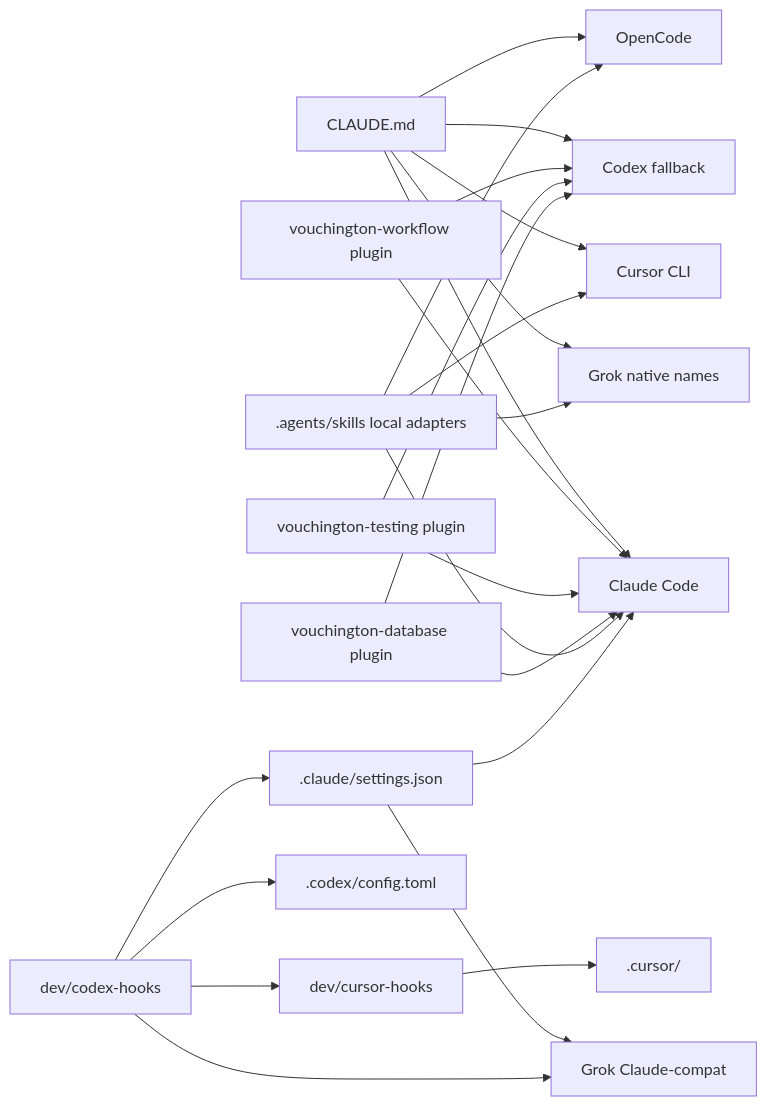
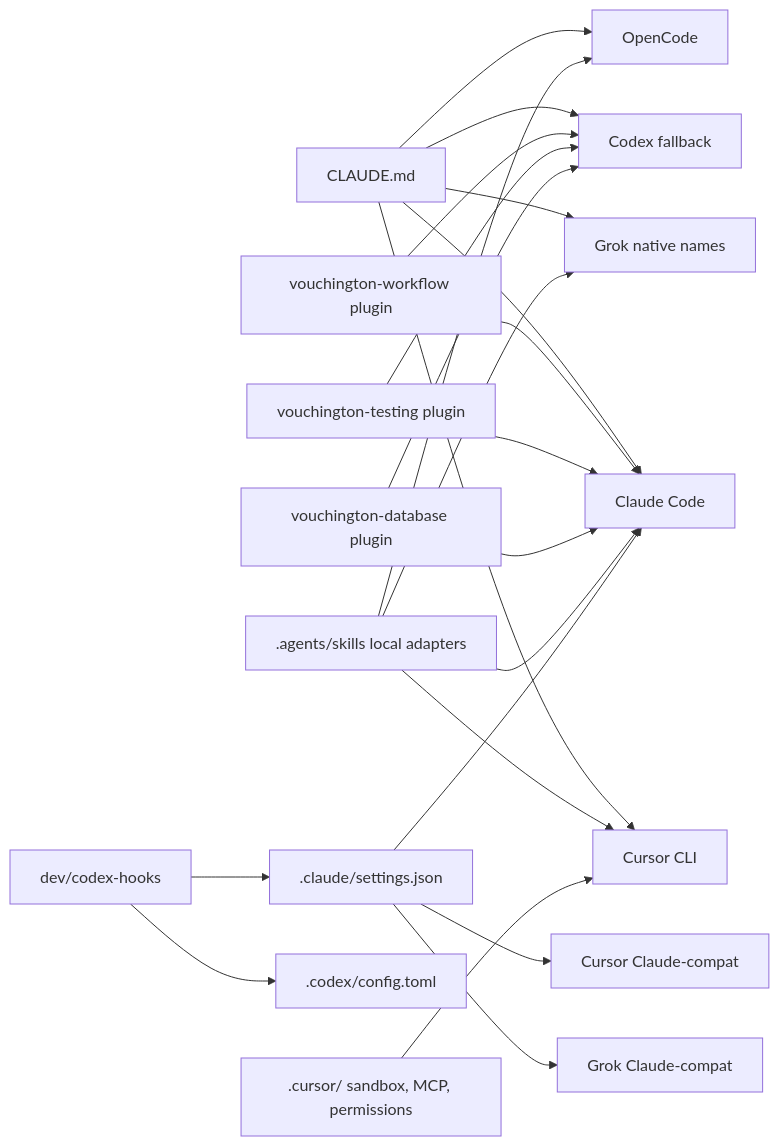
One commit to vouchington/vouchington changed the diagram in docs/development/agent-harness-parity.md. Above: the diagram before and after it, drawn with Mermaid. The commit also changed other lines of this file and 46 other files, not shown here.

First line of the commit message:
[codex] unify Claude-compatible hook runtimes (#802)

````diff
--- a/docs/development/agent-harness-parity.md
+++ b/docs/development/agent-harness-parity.md
@@ -44,25 +45,24 @@
 ```mermaid
 flowchart LR
   claudeMd[CLAUDE.md] --> claude[Claude Code]
   claudeMd --> codex[Codex fallback]
   claudeMd --> grok[Grok native names]
   claudeMd --> cursor[Cursor CLI]
   claudeMd --> opencode[OpenCode]
   workflowPlugin[vouchington-workflow plugin] --> claude
   workflowPlugin --> codex
   testingPlugin[vouchington-testing plugin] --> claude
   testingPlugin --> codex
   databasePlugin[vouchington-database plugin] --> claude
   databasePlugin --> codex
   skills[.agents/skills local adapters] --> claude
   skills --> grok
   skills --> cursor
   skills --> opencode
   claudeHooks[.claude/settings.json] --> claude
   claudeHooks --> grokCompat[Grok Claude-compat]
+  claudeHooks --> cursorCompat[Cursor Claude-compat]
   hookRunner[dev/codex-hooks] --> claudeHooks
   hookRunner --> codexConfig[.codex/config.toml]
-  hookRunner --> grokCompat
-  hookRunner --> cursorHooks[dev/cursor-hooks]
-  cursorHooks --> cursorConfig[".cursor/"]
+  cursorConfig[".cursor/ sandbox, MCP, permissions"] --> cursor
 ```
````
